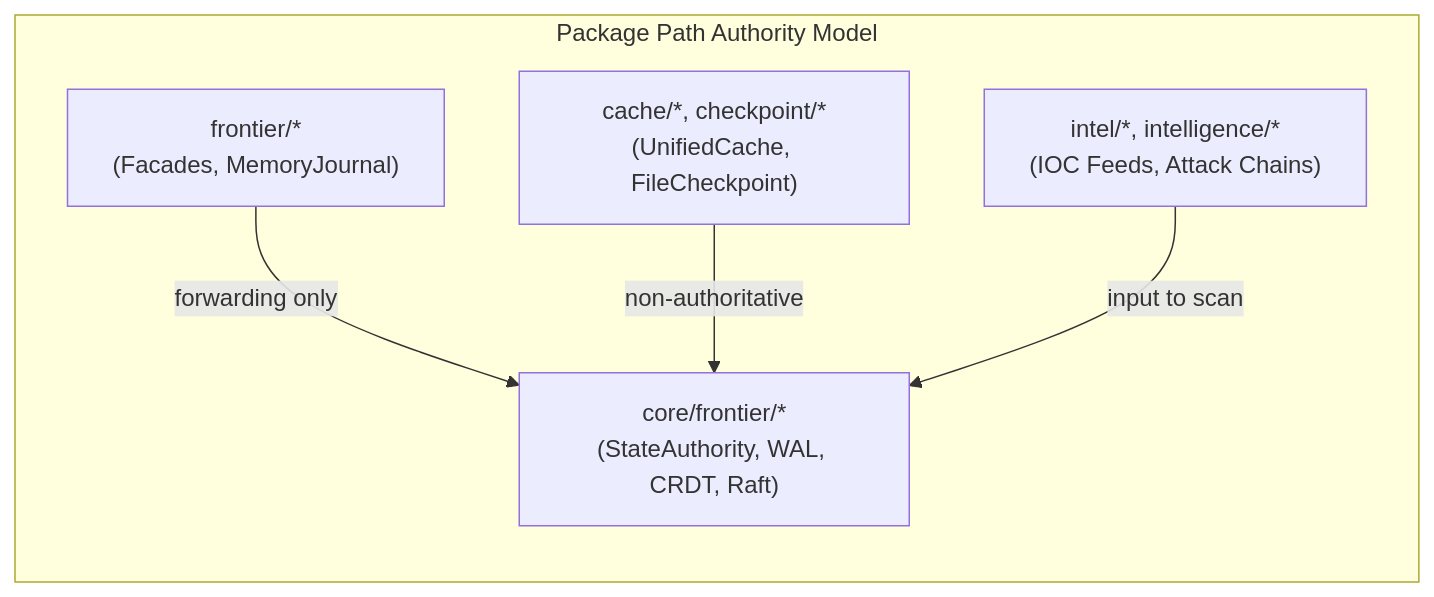
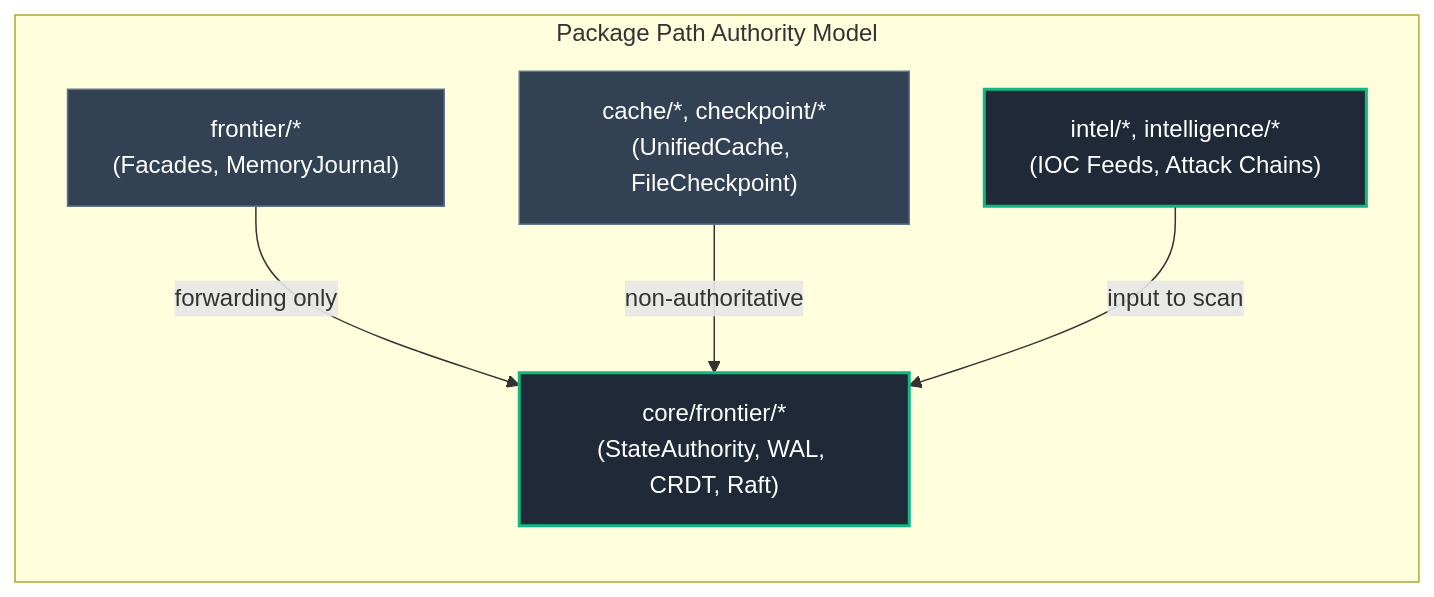
The sixth of 16 diagrams in docs/flowchart.md (AviralGup7/Singularity-Zero), drawn with Mermaid before and after one commit. The commit also changed other lines of this file, not shown here.

Commit message:
fix(flowchart): resolve Revision 3 audit items code-first across atlas and models

````diff
--- a/docs/flowchart.md
+++ b/docs/flowchart.md
@@ -451,13 +458,20 @@
 ```mermaid
 flowchart LR
+    classDef impl fill:#1f2937,stroke:#10b981,stroke-width:2px,color:#fff;
+    classDef singleNode fill:#1e293b,stroke:#0ea5e9,stroke-width:1px,stroke-dasharray:3 3,color:#fff;
+    classDef library fill:#334155,stroke:#64748b,stroke-width:1px,color:#fff;
+    classDef specOnly fill:#1e1b4b,stroke:#818cf8,stroke-width:1px,stroke-dasharray:4 4,color:#fff;
+    classDef vacuous fill:#27272a,stroke:#71717a,stroke-width:1px,color:#a1a1aa;
+    classDef forbidden fill:#450a0a,stroke:#ef4444,stroke-width:2px,color:#fca5a5;
+
     subgraph PackageAuthority["Package Path Authority Model"]
         Core["core/frontier/*<br/>(StateAuthority, WAL, CRDT, Raft)"]:::impl
         Facade["frontier/*<br/>(Facades, MemoryJournal)"]:::library
         Cache["cache/*, checkpoint/*<br/>(UnifiedCache, FileCheckpoint)"]:::library
         Domain["intel/*, intelligence/*<br/>(IOC Feeds, Attack Chains)"]:::impl
         
         Facade -->|"forwarding only"| Core
         Cache -->|"non-authoritative"| Core
         Domain -->|"input to scan"| Core
     end
 ```
````
